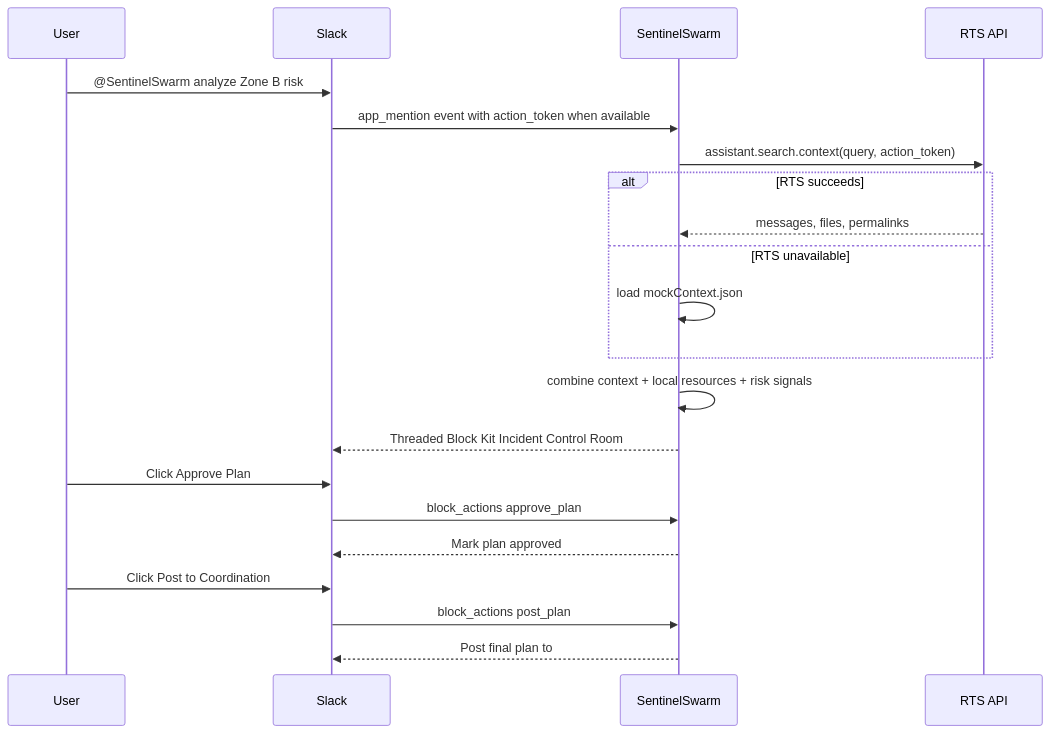
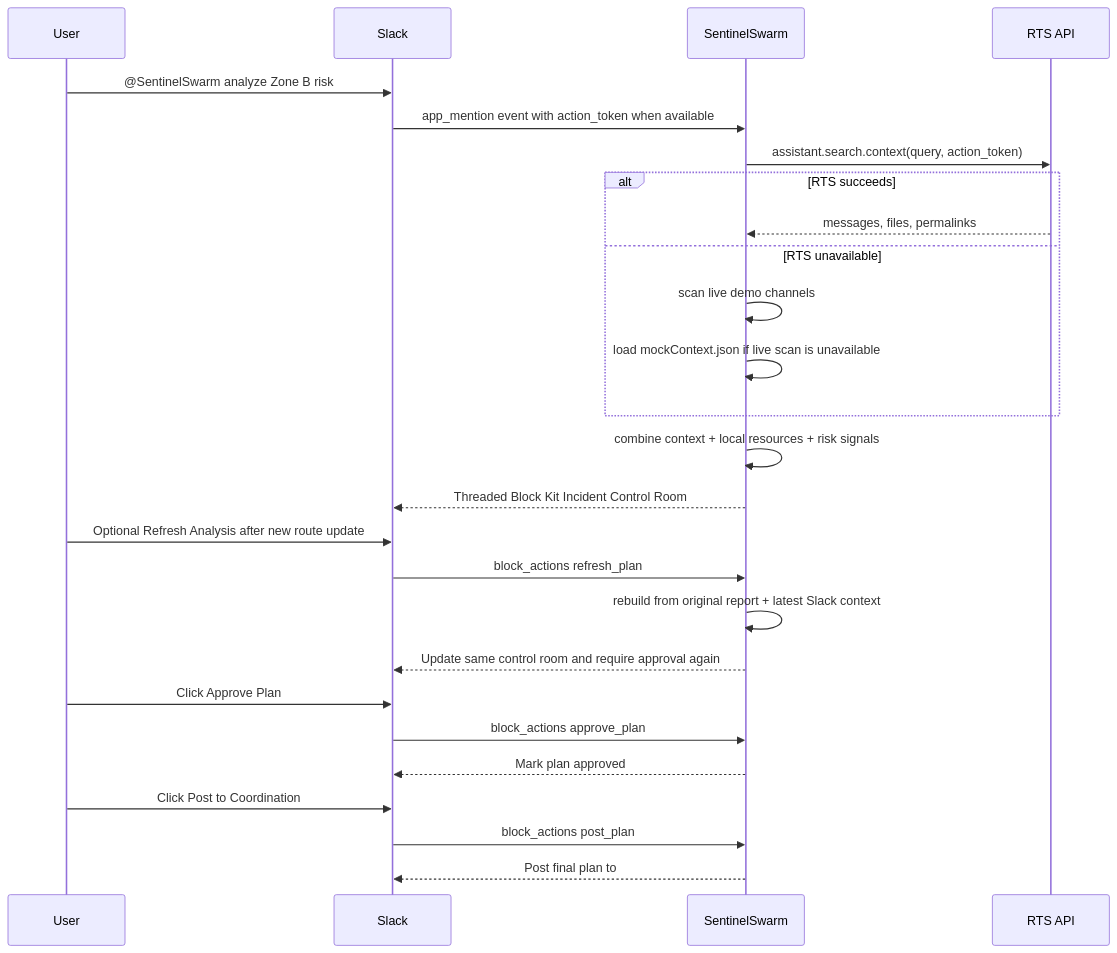
The second of 3 diagrams in docs/ARCHITECTURE.md (kaustubh-dot/SentinelSwarm), drawn with Mermaid before and after one commit. The commit also changed 20 other files, not shown here.

````diff
--- a/docs/ARCHITECTURE.md
+++ b/docs/ARCHITECTURE.md
@@ -68,24 +68,29 @@
 ```mermaid
 sequenceDiagram
   participant U as User
   participant S as Slack
   participant A as SentinelSwarm
   participant R as RTS API
 
   U->>S: @SentinelSwarm analyze Zone B risk
   S->>A: app_mention event with action_token when available
   A->>R: assistant.search.context(query, action_token)
   alt RTS succeeds
     R-->>A: messages, files, permalinks
   else RTS unavailable
-    A->>A: load mockContext.json
+    A->>A: scan live demo channels
+    A->>A: load mockContext.json if live scan is unavailable
   end
   A->>A: combine context + local resources + risk signals
   A-->>S: Threaded Block Kit Incident Control Room
+  U->>S: Optional Refresh Analysis after new route update
+  S->>A: block_actions refresh_plan
+  A->>A: rebuild from original report + latest Slack context
+  A-->>S: Update same control room and require approval again
   U->>S: Click Approve Plan
   S->>A: block_actions approve_plan
   A-->>S: Mark plan approved
   U->>S: Click Post to Coordination
   S->>A: block_actions post_plan
   A-->>S: Post final plan to #coordination
 ```
````
